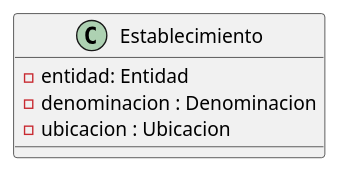
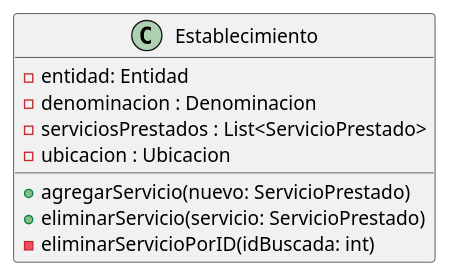
One commit to mbertogliati/dds-tpa changed the diagram in DC/E3/domain/entidades/Establecimiento.puml. Above: the diagram before and after it, drawn with PlantUML. The commit also changed 3 other files, not shown here.

Commit message:
Update diagrama de clases

```diff
--- a/DC/E3/domain/entidades/Establecimiento.puml
+++ b/DC/E3/domain/entidades/Establecimiento.puml
@@ -1,10 +1,15 @@
 @startuml
 'https://plantuml.com/class-diagram
 
 class Establecimiento{
     - entidad: Entidad
     - denominacion : Denominacion
+    - serviciosPrestados : List<ServicioPrestado>
     - ubicacion : Ubicacion
+
+    + agregarServicio(nuevo: ServicioPrestado)
+    + eliminarServicio(servicio: ServicioPrestado)
+    - eliminarServicioPorID(idBuscada: int)
 }
 
 @enduml
```
